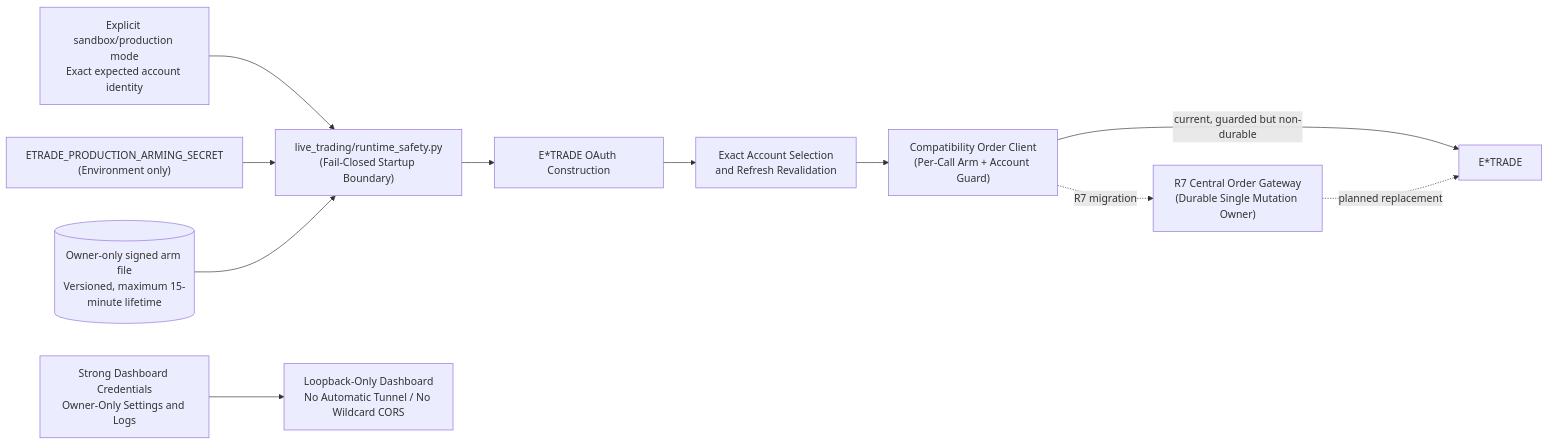
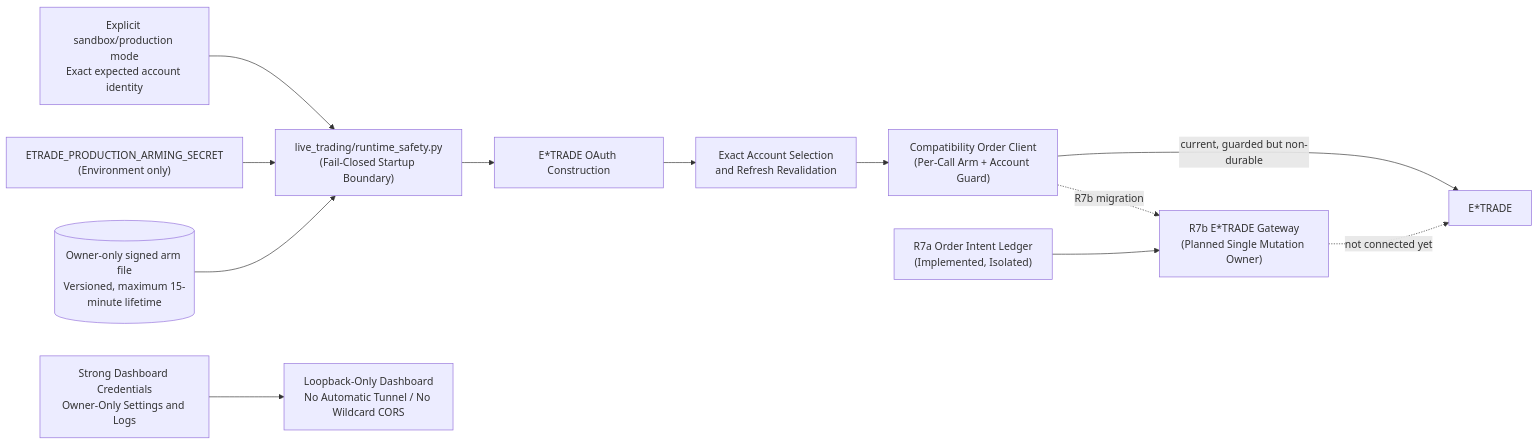
One commit to tbt316/etrade_quant_trading changed the third of 3 diagrams in etrade_python_client/docs/project_overview.md. Above: the diagram before and after it, drawn with Mermaid. The commit also changed other lines of this file and 5 other files, not shown here.

Commit message:
Add durable order intent ledger

````diff
--- a/etrade_python_client/docs/project_overview.md
+++ b/etrade_python_client/docs/project_overview.md
@@ -141,24 +141,26 @@
 ```mermaid
 flowchart LR
     CLI["Explicit sandbox/production mode<br/>Exact expected account identity"]
     SECRET["ETRADE_PRODUCTION_ARMING_SECRET<br/>(Environment only)"]
     ARM[("Owner-only signed arm file<br/>Versioned, maximum 15-minute lifetime")]
     SAFE["live_trading/runtime_safety.py<br/>(Fail-Closed Startup Boundary)"]
     OAUTH["E*TRADE OAuth Construction"]
     ACCOUNT["Exact Account Selection<br/>and Refresh Revalidation"]
     DASHCFG["Strong Dashboard Credentials<br/>Owner-Only Settings and Logs"]
     DASH["Loopback-Only Dashboard<br/>No Automatic Tunnel / No Wildcard CORS"]
     DIRECT["Compatibility Order Client<br/>(Per-Call Arm + Account Guard)"]
-    GATE["R7 Central Order Gateway<br/>(Durable Single Mutation Owner)"]
+    LEDGER["R7a Order Intent Ledger<br/>(Implemented, Isolated)"]
+    GATE["R7b E*TRADE Gateway<br/>(Planned Single Mutation Owner)"]
     BROKER["E*TRADE"]
 
     CLI --> SAFE
     SECRET --> SAFE
     ARM --> SAFE
     SAFE --> OAUTH --> ACCOUNT
     DASHCFG --> DASH
     ACCOUNT --> DIRECT
     DIRECT -->|"current, guarded but non-durable"| BROKER
-    DIRECT -.->|"R7 migration"| GATE
-    GATE -.->|"planned replacement"| BROKER
+    DIRECT -.->|"R7b migration"| GATE
+    LEDGER --> GATE
+    GATE -.->|"not connected yet"| BROKER
 ```
````
